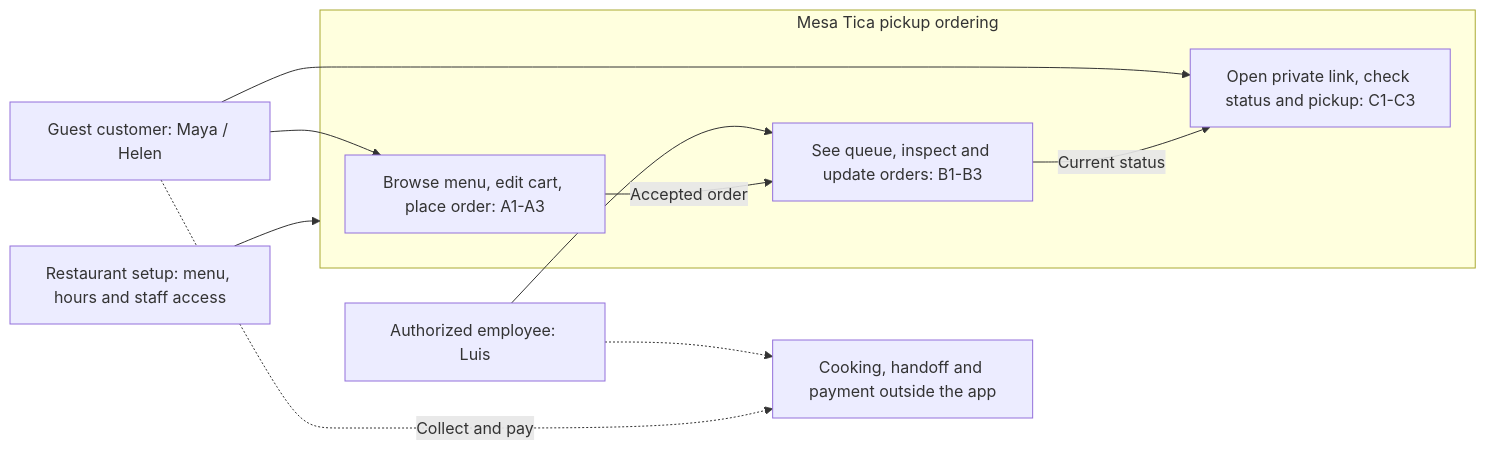
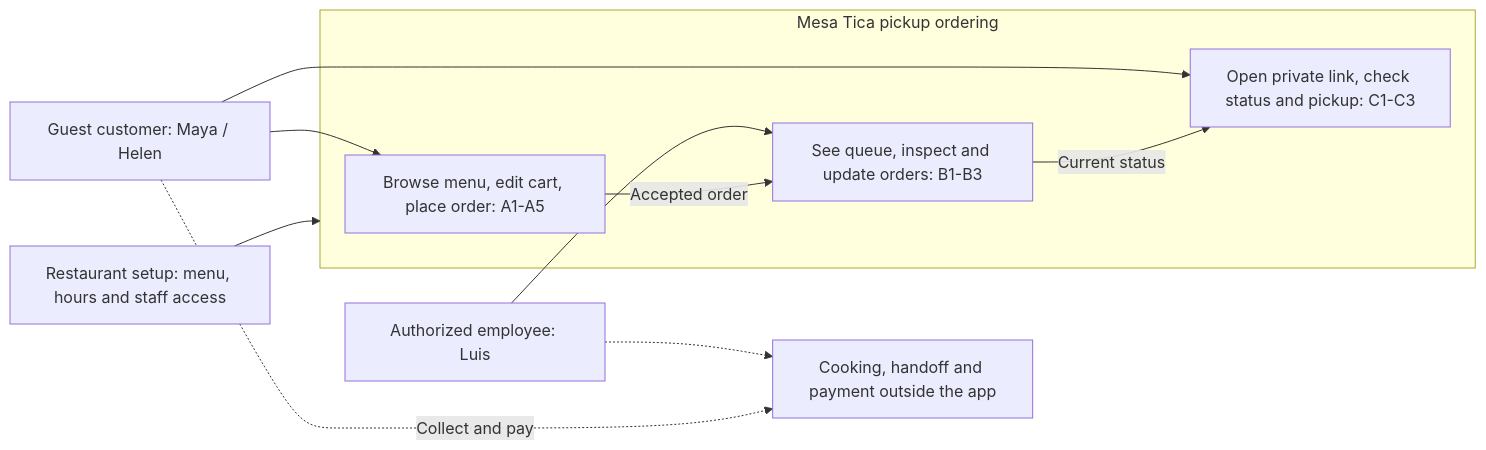
One commit to axantillon/mesa-tica changed the diagram in design/diagrams/01-context.mmd. Above: the diagram before and after it, drawn with Mermaid. The commit also changed 9 other files, not shown here.

```diff
--- a/design/diagrams/01-context.mmd
+++ b/design/diagrams/01-context.mmd
@@ -1,18 +1,18 @@
 flowchart LR
     Customer["Guest customer: Maya / Helen"]
     Staff["Authorized employee: Luis"]
     Setup["Restaurant setup: menu, hours and staff access"]
     Physical["Cooking, handoff and payment outside the app"]
     subgraph Product["Mesa Tica pickup ordering"]
-        Ordering["Browse menu, edit cart, place order: A1-A3"]
+        Ordering["Browse menu, edit cart, place order: A1-A5"]
         Operations["See queue, inspect and update orders: B1-B3"]
         Tracking["Open private link, check status and pickup: C1-C3"]
     end
     Customer --> Ordering
     Customer --> Tracking
     Staff --> Operations
     Setup --> Product
     Ordering -->|"Accepted order"| Operations
     Operations -->|"Current status"| Tracking
     Staff -.-> Physical
     Customer -.->|"Collect and pay"| Physical
```
